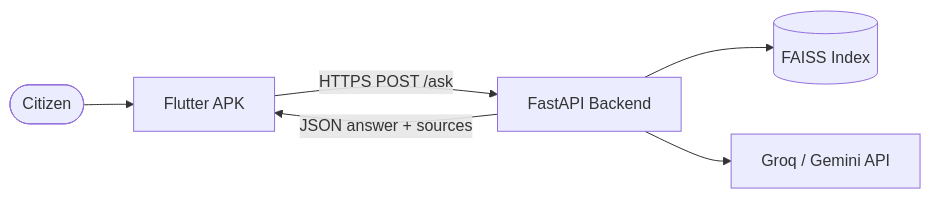
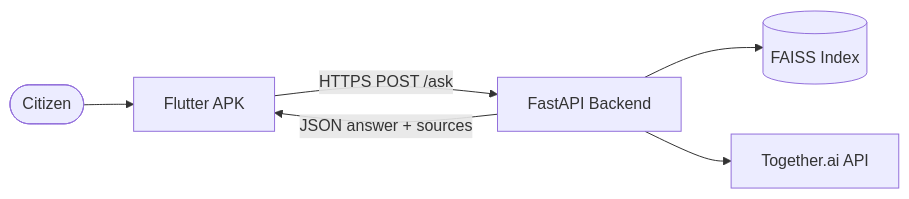
One commit to ShahxHussain/AI_Legal_Assistant changed the first of 4 diagrams in docs/ARCHITECTURE.md. Above: the diagram before and after it, drawn with Mermaid. The commit also changed other lines of this file and 166 other files, not shown here.

````diff
--- a/docs/ARCHITECTURE.md
+++ b/docs/ARCHITECTURE.md
@@ -18,14 +18,14 @@
 ```mermaid
 flowchart LR
     User([Citizen])
     APK[Flutter APK]
     API[FastAPI Backend]
     FAISS[(FAISS Index)]
-    LLM[Groq / Gemini API]
+    LLM[Together.ai API]
 
     User --> APK
     APK -->|HTTPS POST /ask| API
     API --> FAISS
     API --> LLM
     API -->|JSON answer + sources| APK
 ```
````
